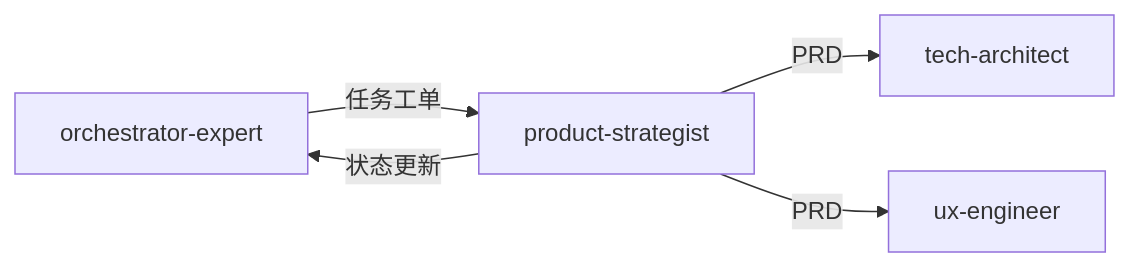
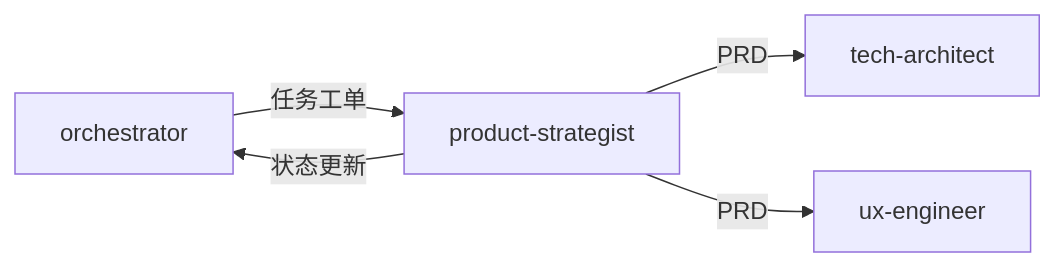
The diagram in skills/product-strategist/SKILL.md (Tooooommy/Trae-Workflow), drawn with Mermaid before and after one commit. The commit also changed other lines of this file and 21 other files, not shown here.

First line of the commit message:
refactor(skills): rename orchestrator-expert to orchestrator and update paths

````diff
--- a/skills/product-strategist/SKILL.md
+++ b/skills/product-strategist/SKILL.md
@@ -94,7 +94,7 @@
 ```mermaid
 flowchart LR
-    A[orchestrator-expert] -->|任务工单| B[product-strategist]
+    A[orchestrator] -->|任务工单| B[product-strategist]
     B -->|PRD| C[tech-architect]
     B -->|PRD| D[ux-engineer]
     B -->|状态更新| A
 ```
````
